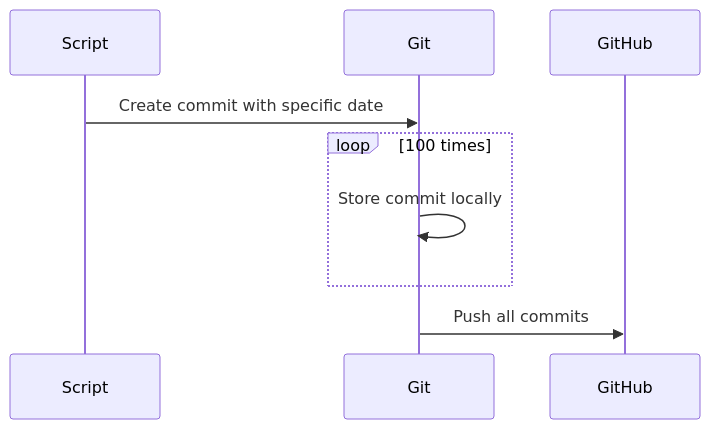
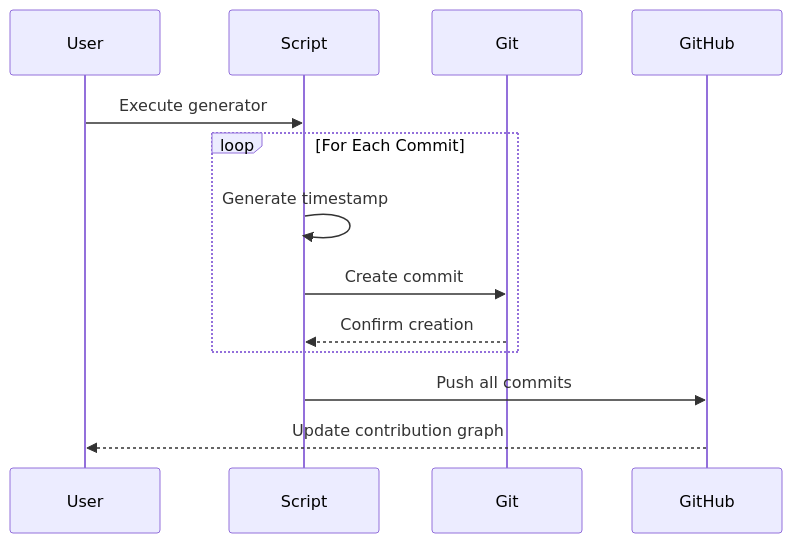
The second of 3 diagrams in README.md (NITHINSPACETIME/zana-kana-bot), drawn with Mermaid before and after one commit. The commit also changed other lines of this file, not shown here.

````diff
--- a/README.md
+++ b/README.md
@@ -120,12 +137,16 @@
-   ```mermaid  
-   sequenceDiagram
-     participant Script
-     participant Git
-     participant GitHub
+```mermaid
+sequenceDiagram
+    participant User
+    participant Script
+    participant Git
+    participant GitHub
     
-     Script->>Git: Create commit with specific date
-     loop 100 times
-         Git->>Git: Store commit locally
-     end
-     Git->>GitHub: Push all commits
-   ```  
+    User->>Script: Execute generator
+    loop For Each Commit
+        Script->>Script: Generate timestamp
+        Script->>Git: Create commit
+        Git-->>Script: Confirm creation
+    end
+    Script->>GitHub: Push all commits
+    GitHub-->>User: Update contribution graph
+```
````
